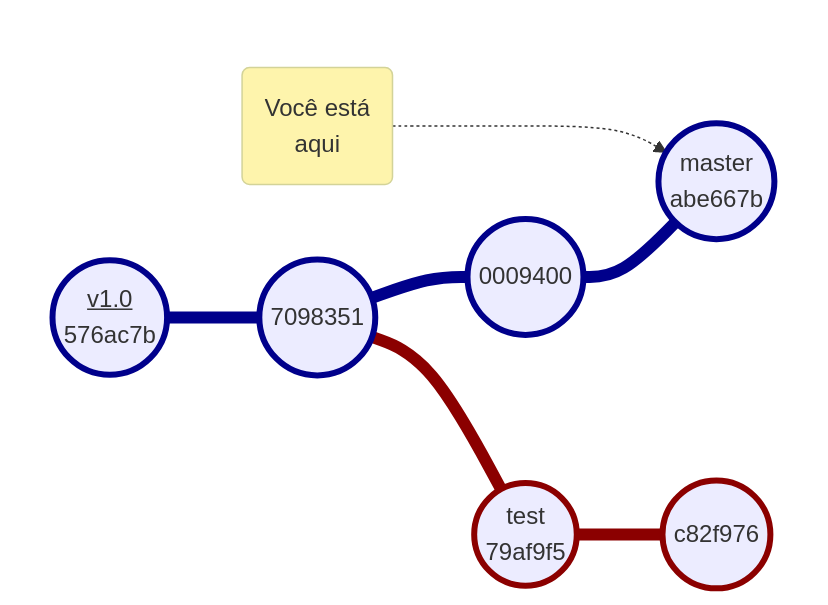
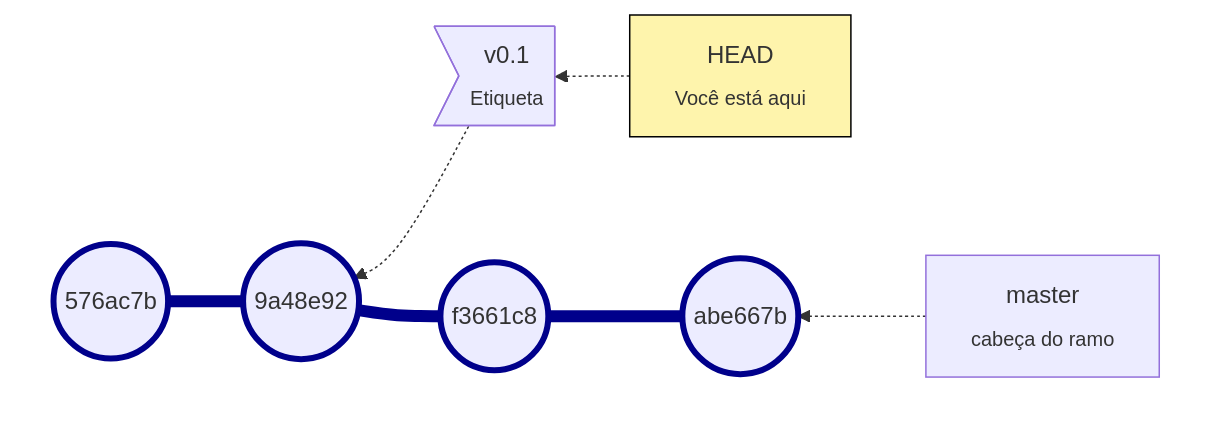
One commit to yxuo/learning changed the ninth of 10 diagrams in git/courses/rbtech/lessons/lang/pt/lesson-5.pt.md. Above: the diagram before and after it, drawn with Mermaid. The commit also changed other lines of this file and 1 other file, not shown here.

````diff
--- a/git/courses/rbtech/lessons/lang/pt/lesson-5.pt.md
+++ b/git/courses/rbtech/lessons/lang/pt/lesson-5.pt.md
@@ -347,19 +471,19 @@
 ```mermaid
-flowchart LR
-subgraph S[" "]
-a(("<u>v1.0</u><br>576ac7b"))---b(("7098351"))---c(("0009400"))---d(("master<br>abe667b"))
-e("Você está<br>aqui") -..-> d
+flowchart RL
+
+T1>"v0.1<br><sub>Etiqueta"] -.-> c
+H["HEAD<br><sub>Você está aqui"] -.-> T1
+
+subgraph S1[" "]
+B1["master<br><sub>cabeça do ramo"]-.->a
+a(("abe667b"))---b(("f3661c8"))---c(("9a48e92"))---d(("576ac7b"))
 end
-b---b1(("test<br>79af9f5"))---b2(("c82f976"))
 
-style S fill: transparent, stroke: transparent
+style H fill:#fef4ac, stroke:black
+style S1 fill: transparent, stroke: transparent
 style a stroke:darkblue, stroke-width: 4px
 style b stroke:darkblue, stroke-width: 4px
 style c stroke:darkblue, stroke-width: 4px
 style d stroke:darkblue, stroke-width: 4px
-style b1 stroke:darkred, stroke-width: 4px
-style b2 stroke:darkred, stroke-width: 4px
-linkStyle 0,1,2 stroke:darkblue,stroke-width:8px;
-linkStyle 4,5 stroke:darkred,stroke-width:8px;
-style e fill:#fef4ac, stroke:#d3d398
+linkStyle 3,4,5 stroke:darkblue,stroke-width:8px;
 ```
````
